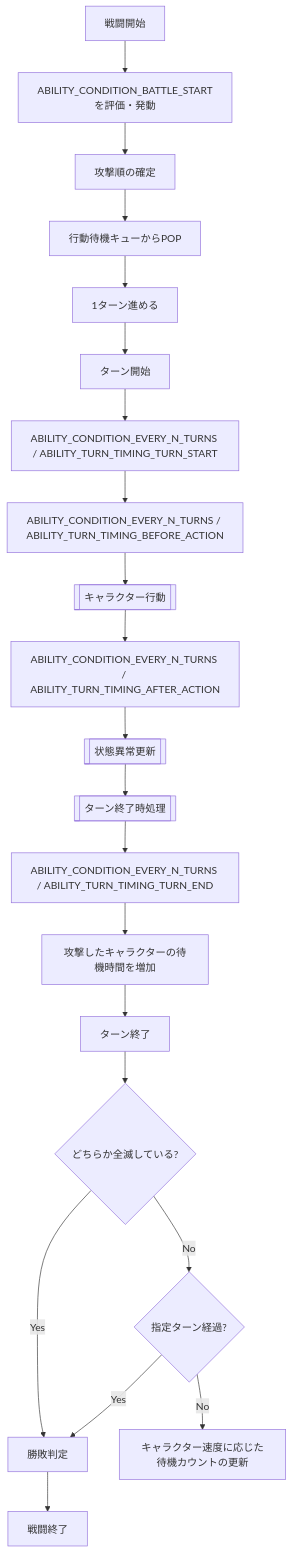
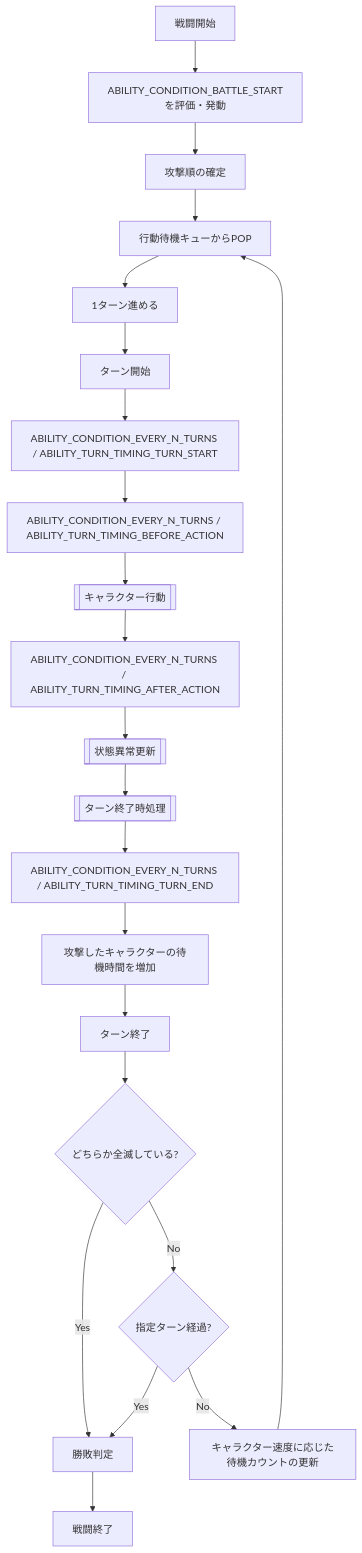
Before and after one commit to ReHydrangeaOdyssey/Specifications: the first of 5 diagrams in design/game/battle.md, drawn with Mermaid. The commit also changed other lines of this file and 1 other file, not shown here.

````diff
--- a/design/game/battle.md
+++ b/design/game/battle.md
@@ -6,32 +6,33 @@
 ```mermaid
 flowchart TD;
     Start[戦闘開始];
     End[戦闘終了];
     TurnStart[ターン開始];
     TurnStartAbility[ABILITY_CONDITION_EVERY_N_TURNS / ABILITY_TURN_TIMING_TURN_START];
     BeforeActionAbility[ABILITY_CONDITION_EVERY_N_TURNS / ABILITY_TURN_TIMING_BEFORE_ACTION];
     AfterActionAbility[ABILITY_CONDITION_EVERY_N_TURNS / ABILITY_TURN_TIMING_AFTER_ACTION];
     TurnEndAbility[ABILITY_CONDITION_EVERY_N_TURNS / ABILITY_TURN_TIMING_TURN_END];
     TurnEnd[ターン終了];
     Judgment[勝敗判定]
     CheckTurnLimit{指定ターン経過?};
     CheckAnnihilation{どちらか全滅している?};
     DetermineOrder[攻撃順の確定];
     PopQueue[行動待機キューからPOP];
     CharacterAttack[[キャラクター行動]];
     Ability[ABILITY_CONDITION_BATTLE_STARTを評価・発動];
     AddWaitCount[攻撃したキャラクターの待機時間を増加];
     NextTurn[1ターン進める];
     UpdateWaitCount[キャラクター速度に応じた待機カウントの更新];
     UpdateStatusAbnormality[[状態異常更新]];
     UpdateTurnEndEffect[[ターン終了時処理]];
 
     Start --> Ability --> DetermineOrder --> PopQueue --> NextTurn
     NextTurn --> TurnStart --> TurnStartAbility --> BeforeActionAbility --> CharacterAttack --> AfterActionAbility --> UpdateStatusAbnormality --> UpdateTurnEndEffect --> TurnEndAbility --> AddWaitCount --> TurnEnd
     TurnEnd --> CheckAnnihilation
     CheckAnnihilation -- Yes --> Judgment;
     CheckAnnihilation -- No --> CheckTurnLimit;
     CheckTurnLimit -- Yes --> Judgment;
     CheckTurnLimit -- No --> UpdateWaitCount;
+    UpdateWaitCount --> PopQueue;
     Judgment --> End
 ```
````
